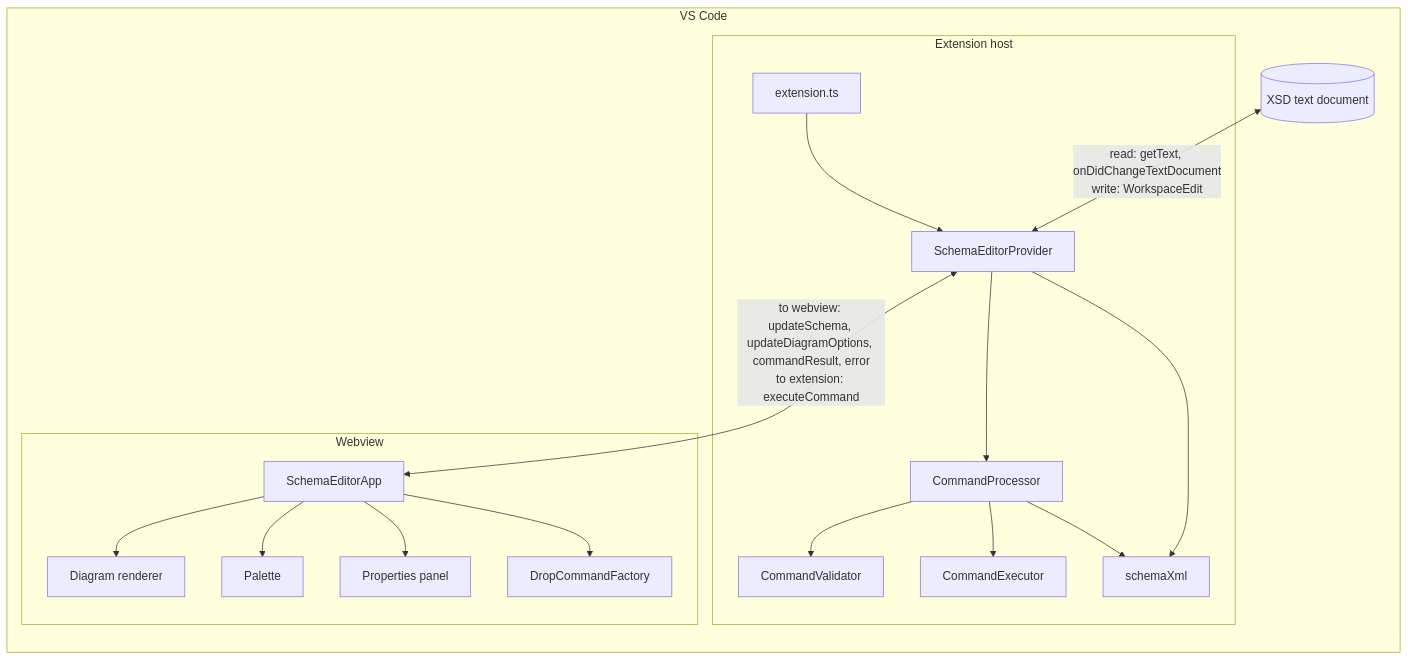
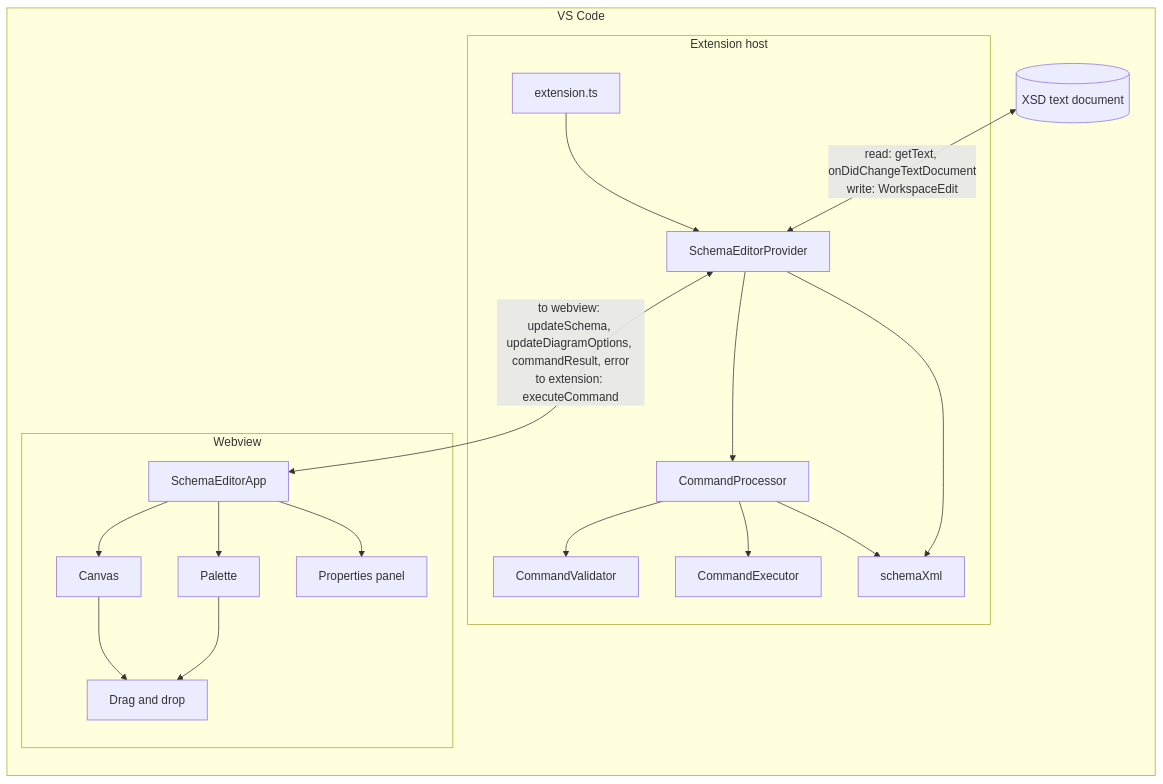
One commit to neumaennl/vscode-visual-xml-schema-editor changed the diagram in docs/architecture.md. Above: the diagram before and after it, drawn with Mermaid. The commit also changed other lines of this file and 48 other files, not shown here.

````diff
--- a/docs/architecture.md
+++ b/docs/architecture.md
@@ -63,22 +63,23 @@
 ```mermaid
 flowchart LR
   subgraph VS Code
     DOC[(XSD text document)]
     subgraph Extension host
       EXT[extension.ts] --> PROV[SchemaEditorProvider]
       PROV --> PROC[CommandProcessor]
       PROC --> VAL[CommandValidator]
       PROC --> EXE[CommandExecutor]
       PROC --> XML[schemaXml]
       PROV --> XML
     end
     subgraph Webview
-      APP[SchemaEditorApp] --> DIA[Diagram renderer]
+      APP[SchemaEditorApp] --> DIA[Canvas]
       APP --> PAL[Palette]
       APP --> PP[Properties panel]
-      APP --> DROP[DropCommandFactory]
+      DIA --> DND[Drag and drop]
+      PAL --> DND
     end
   end
   DOC <-- "read: getText, onDidChangeTextDocument<br/>write: WorkspaceEdit" --> PROV
   PROV <-- "to webview: updateSchema, updateDiagramOptions, commandResult, error<br/>to extension: executeCommand" --> APP
 ```
````
